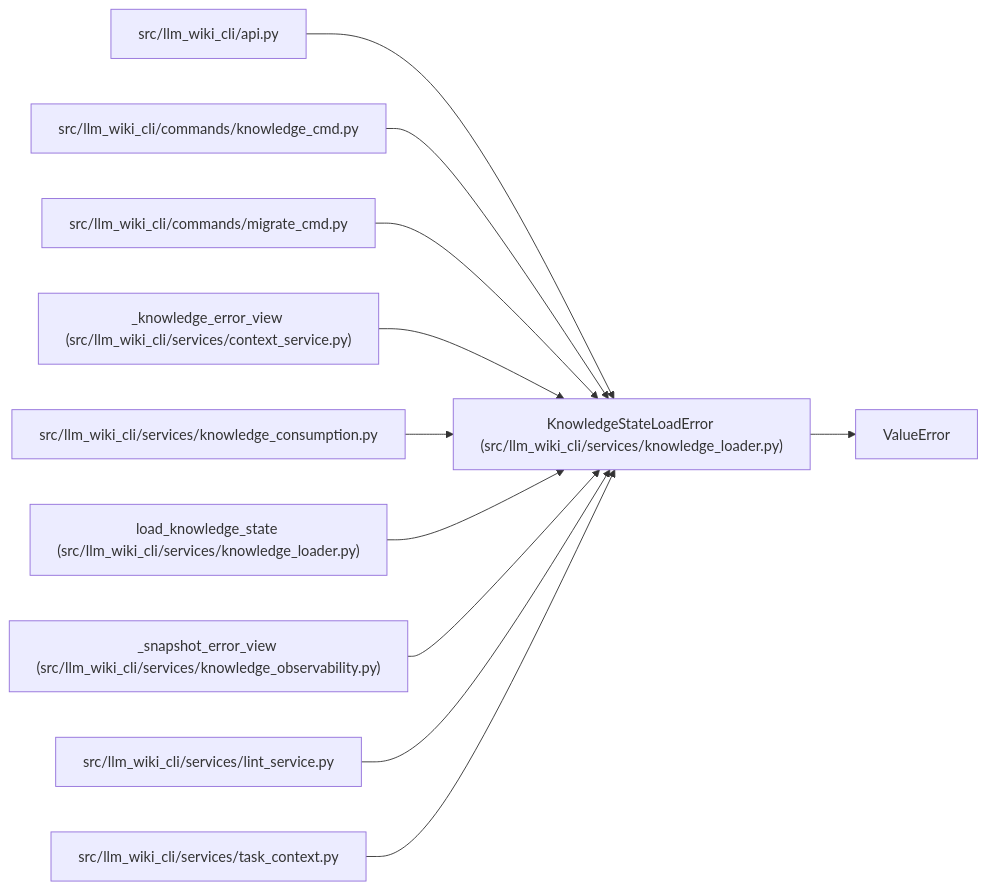
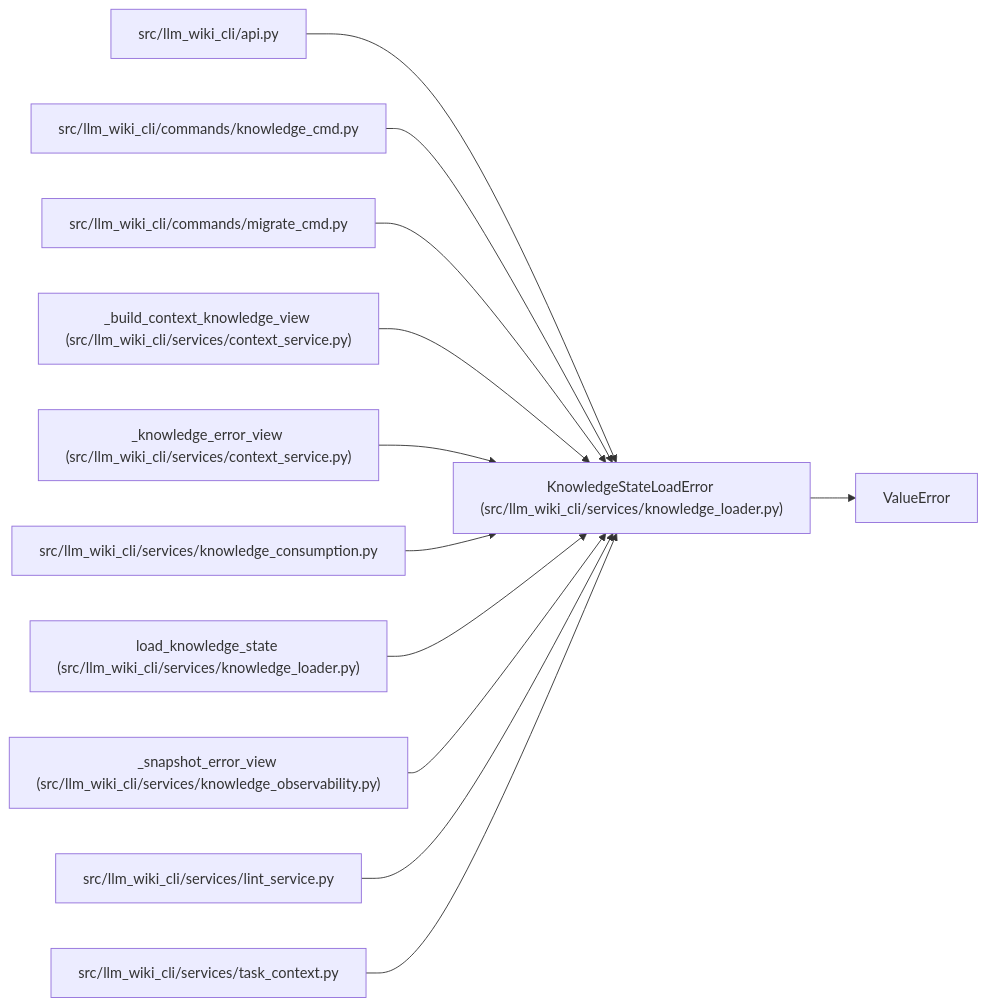
The diagram in docs/llm_wiki/entities/KnowledgeStateLoadError.md (Denissvgn/python-wiki-llm), drawn with Mermaid before and after one commit. The commit also changed other lines of this file and 775 other files, not shown here.

````diff
--- a/docs/llm_wiki/entities/KnowledgeStateLoadError.md
+++ b/docs/llm_wiki/entities/KnowledgeStateLoadError.md
@@ -25,34 +25,37 @@
 ```mermaid
 flowchart LR
     n0["KnowledgeStateLoadError (src/llm_wiki_cli/services/knowledge_loader.py)"]
     n1["ValueError"]
     n2["src/llm_wiki_cli/api.py"]
     n3["src/llm_wiki_cli/commands/knowledge_cmd.py"]
     n4["src/llm_wiki_cli/commands/migrate_cmd.py"]
-    n5["_knowledge_error_view (src/llm_wiki_cli/services/context_service.py)"]
-    n6["src/llm_wiki_cli/services/knowledge_consumption.py"]
-    n7["load_knowledge_state (src/llm_wiki_cli/services/knowledge_loader.py)"]
-    n8["_snapshot_error_view (src/llm_wiki_cli/services/knowledge_observability.py)"]
-    n9["src/llm_wiki_cli/services/lint_service.py"]
-    n10["src/llm_wiki_cli/services/task_context.py"]
+    n5["_build_context_knowledge_view (src/llm_wiki_cli/services/context_service.py)"]
+    n6["_knowledge_error_view (src/llm_wiki_cli/services/context_service.py)"]
+    n7["src/llm_wiki_cli/services/knowledge_consumption.py"]
+    n8["load_knowledge_state (src/llm_wiki_cli/services/knowledge_loader.py)"]
+    n9["_snapshot_error_view (src/llm_wiki_cli/services/knowledge_observability.py)"]
+    n10["src/llm_wiki_cli/services/lint_service.py"]
+    n11["src/llm_wiki_cli/services/task_context.py"]
     n0 --> n1
     n2 --> n0
     n3 --> n0
     n4 --> n0
     n5 --> n0
     n6 --> n0
     n7 --> n0
     n8 --> n0
     n9 --> n0
     n10 --> n0
+    n11 --> n0
     click n0 "../modules/knowledge_loader.md"
     click n2 "../modules/api.md"
     click n3 "../modules/knowledge_cmd.md"
     click n4 "../modules/migrate_cmd.md"
     click n5 "../modules/context_service.md"
-    click n6 "../modules/knowledge_consumption.md"
-    click n7 "../modules/knowledge_loader.md"
-    click n8 "../modules/knowledge_observability.md"
-    click n9 "../modules/lint_service.md"
-    click n10 "../modules/task_context.md"
+    click n6 "../modules/context_service.md"
+    click n7 "../modules/knowledge_consumption.md"
+    click n8 "../modules/knowledge_loader.md"
+    click n9 "../modules/knowledge_observability.md"
+    click n10 "../modules/lint_service.md"
+    click n11 "../modules/task_context.md"
 ```
````
